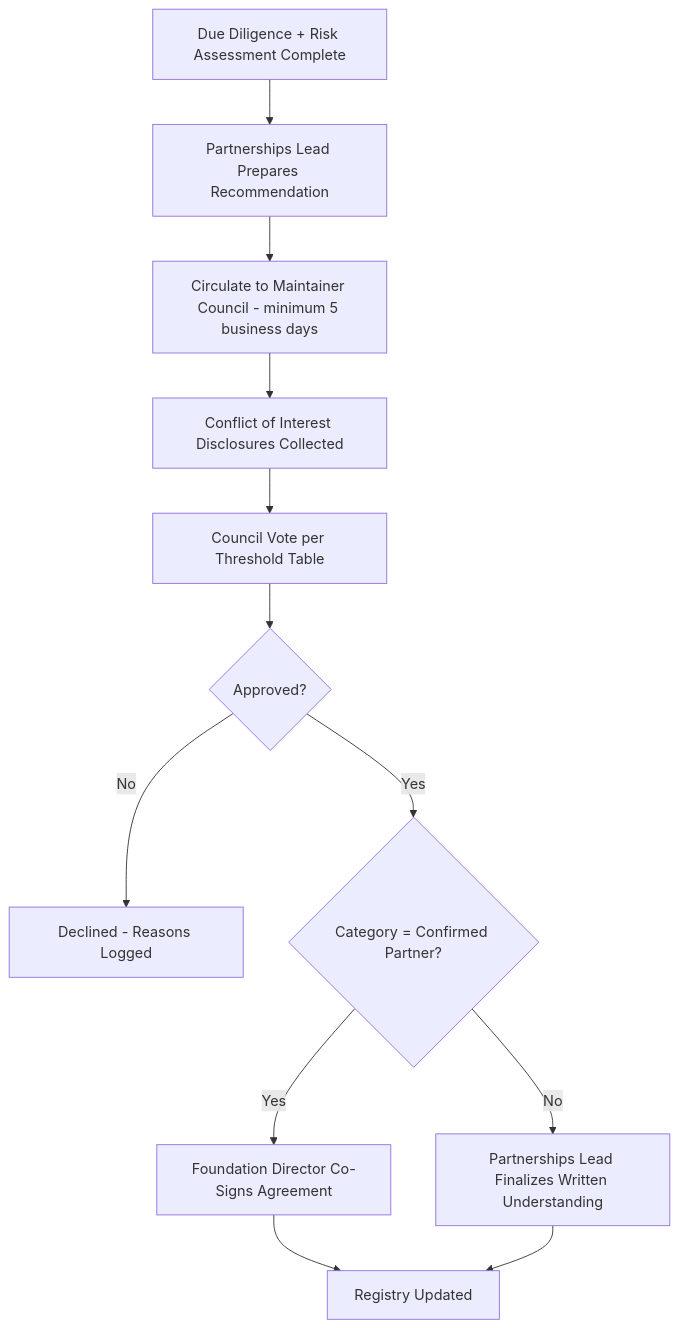
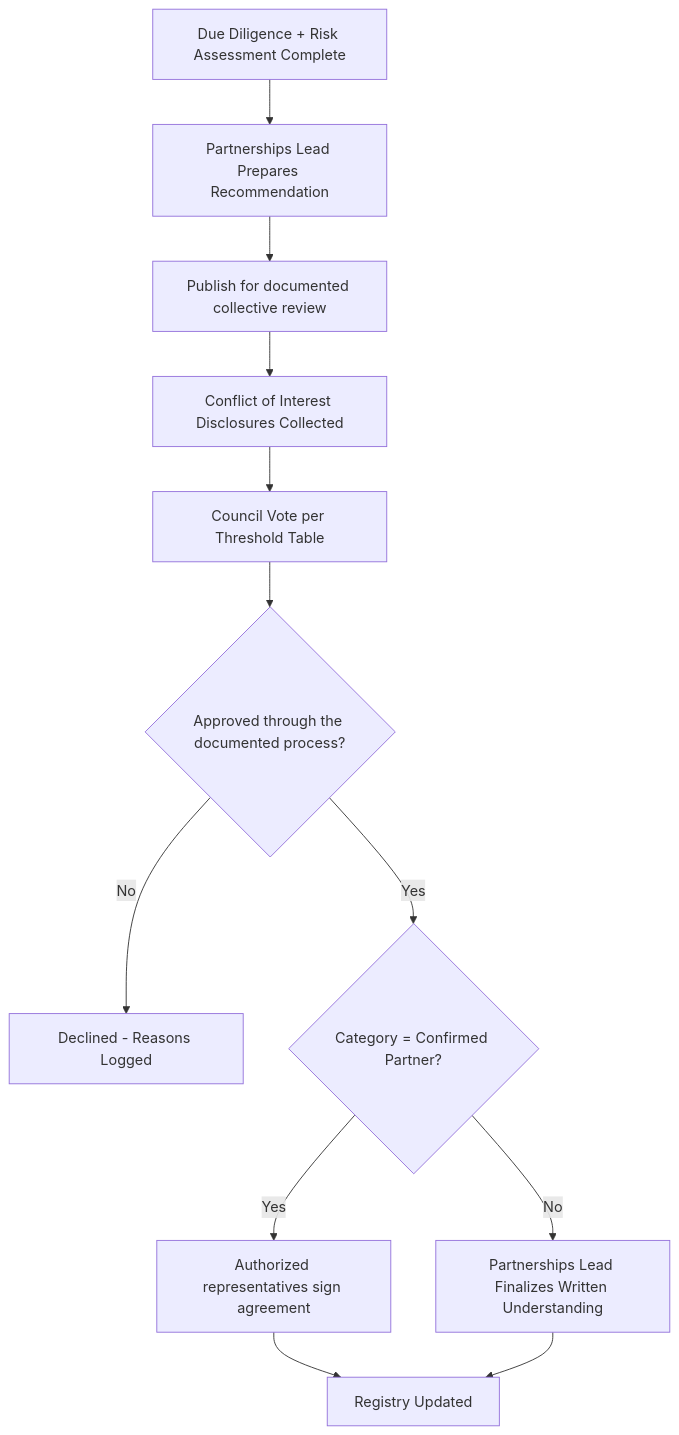
One commit to Celo-HaiTi/celoht-docs changed the fifth of 6 diagrams in PARTNERSHIPS.md. Above: the diagram before and after it, drawn with Mermaid. The commit also changed other lines of this file and 27 other files, not shown here.

````diff
--- a/PARTNERSHIPS.md
+++ b/PARTNERSHIPS.md
@@ -412,14 +411,14 @@
 ```mermaid
 flowchart TD
     A[Due Diligence + Risk Assessment Complete] --> B[Partnerships Lead Prepares Recommendation]
-    B --> C[Circulate to Maintainer Council - minimum 5 business days]
+    B --> C[Publish for documented collective review]
     C --> D[Conflict of Interest Disclosures Collected]
     D --> E[Council Vote per Threshold Table]
-    E --> F{Approved?}
+    E --> F{Approved through the documented process?}
     F -- No --> G[Declined - Reasons Logged]
     F -- Yes --> H{Category = Confirmed Partner?}
-    H -- Yes --> I[Foundation Director Co-Signs Agreement]
+    H -- Yes --> I[Authorized representatives sign agreement]
     H -- No --> J[Partnerships Lead Finalizes Written Understanding]
     I --> K[Registry Updated]
     J --> K
 ```
````
